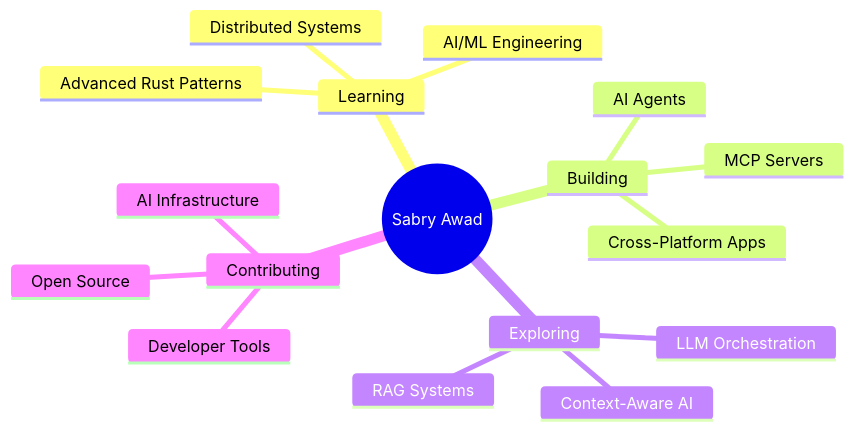
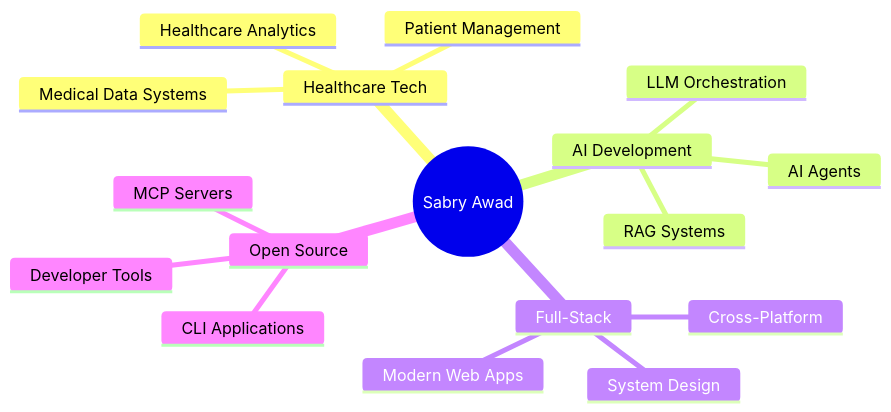
Before and after one commit to sabry-awad97/sabry-awad97: the diagram in README.md, drawn with Mermaid. The commit also changed other lines of this file, not shown here.

Commit message:
🧪 Update profile: Pharmacist → Developer journey with healthcare focus

````diff
--- a/README.md
+++ b/README.md
@@ -221,20 +236,20 @@
 ```mermaid
 mindmap
   root((Sabry Awad))
-    Learning
-      Advanced Rust Patterns
-      Distributed Systems
-      AI/ML Engineering
-    Building
+    Healthcare Tech
+      Medical Data Systems
+      Patient Management
+      Healthcare Analytics
+    AI Development
+      LLM Orchestration
+      AI Agents
+      RAG Systems
+    Full-Stack
+      Modern Web Apps
+      Cross-Platform
+      System Design
+    Open Source
       MCP Servers
-      AI Agents
-      Cross-Platform Apps
-    Exploring
-      RAG Systems
-      LLM Orchestration
-      Context-Aware AI
-    Contributing
-      Open Source
       Developer Tools
-      AI Infrastructure
+      CLI Applications
 ```
````
